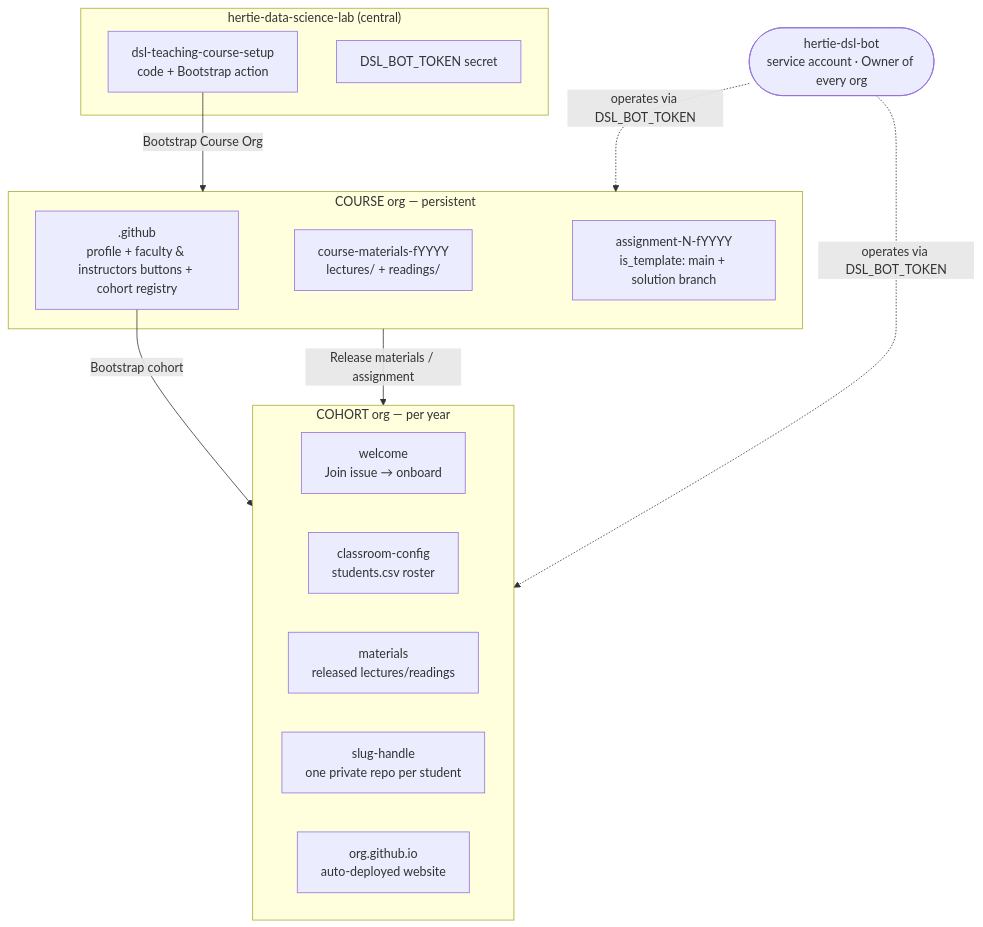
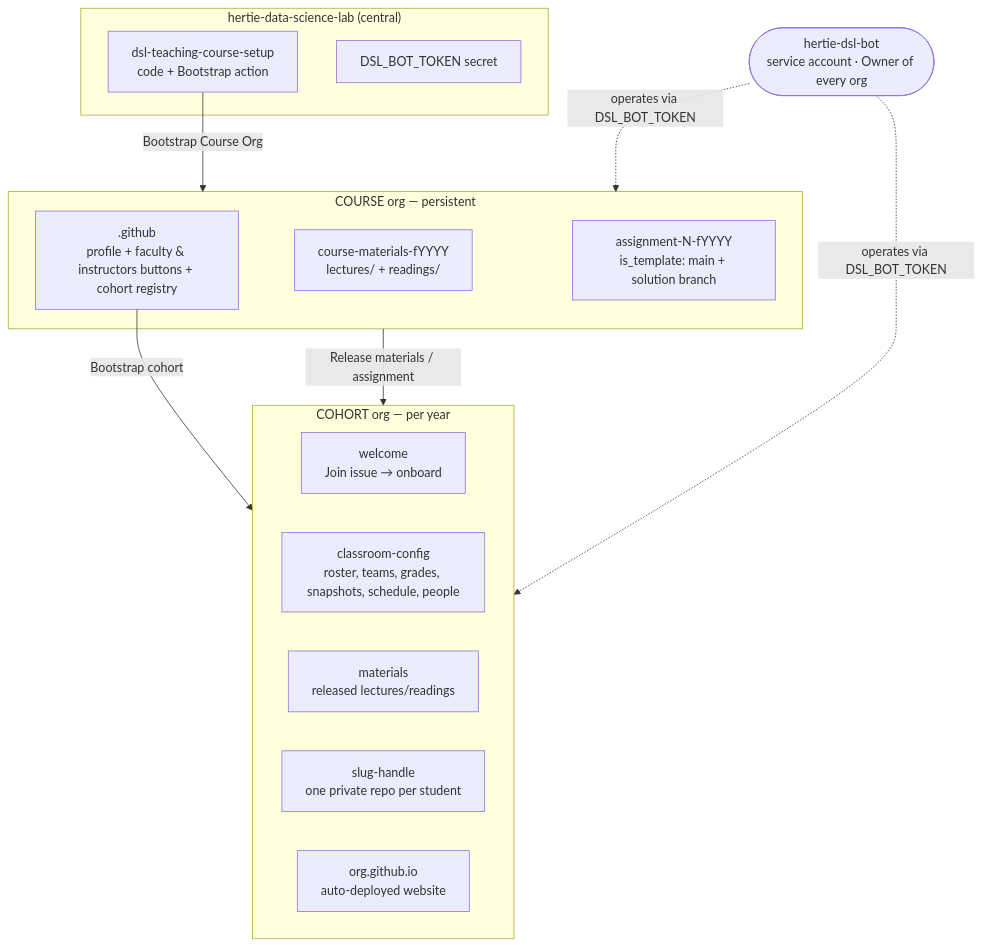
The first of 7 diagrams in docs/admin/architecture.md (hertie-data-science-lab/dsl-teaching-course-setup), drawn with Mermaid before and after one commit. The commit also changed other lines of this file and 14 other files, not shown here.

````diff
--- a/docs/admin/architecture.md
+++ b/docs/admin/architecture.md
@@ -24,25 +26,25 @@
 ```mermaid
 flowchart TB
   subgraph central["hertie-data-science-lab (central)"]
     repo["dsl-teaching-course-setup<br/>code + Bootstrap action"]
     sec["DSL_BOT_TOKEN secret"]
   end
   bot(["hertie-dsl-bot<br/>service account · Owner of every org"])
   subgraph course["COURSE org — persistent"]
     cg[".github<br/>profile + faculty & instructors buttons + cohort registry"]
     mat["course-materials-fYYYY<br/>lectures/ + readings/"]
     asg["assignment-N-fYYYY<br/>is_template: main + solution branch"]
   end
   subgraph cohort["COHORT org — per year"]
     wel["welcome<br/>Join issue → onboard"]
-    ros["classroom-config<br/>students.csv roster"]
+    ros["classroom-config<br/>roster, teams, grades, snapshots, schedule, people"]
     cmat["materials<br/>released lectures/readings"]
     stu["slug-handle<br/>one private repo per student"]
     site["org.github.io<br/>auto-deployed website"]
   end
   repo -->|"Bootstrap Course Org"| course
   cg -->|"Bootstrap cohort"| cohort
   course -->|"Release materials / assignment"| cohort
   bot -.->|"operates via DSL_BOT_TOKEN"| course
   bot -.->|"operates via DSL_BOT_TOKEN"| cohort
 ```
````
